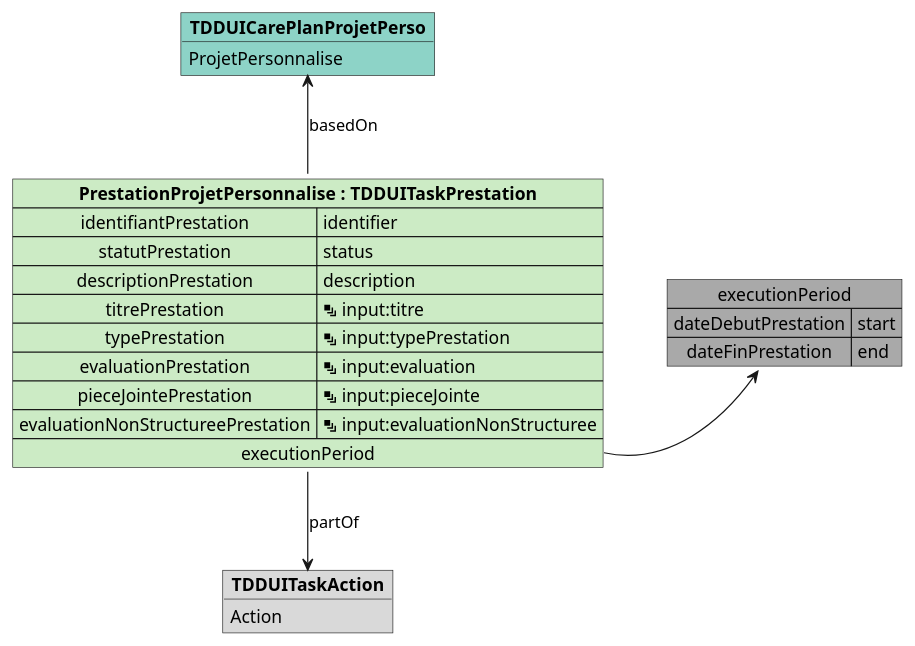
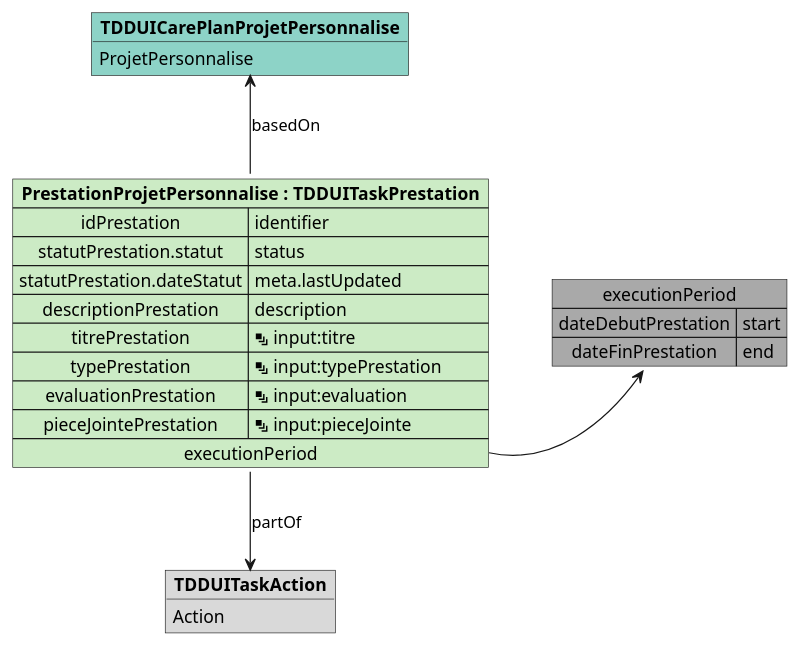
One commit to ansforge/IG-fhir-medicosocial-transfert-donnees-dui changed the diagram in input/images-source/mapping_TDDUITaskPrestation.plantuml. Above: the diagram before and after it, drawn with PlantUML. The commit also changed 24 other files, not shown here.

```diff
--- a/input/images-source/mapping_TDDUITaskPrestation.plantuml
+++ b/input/images-source/mapping_TDDUITaskPrestation.plantuml
@@ -1,31 +1,31 @@
 @startuml
 
 map "executionPeriod" as executionPeriod #DarkGray {
     dateDebutPrestation => start
     dateFinPrestation => end
 }
 
-object "**TDDUICarePlanProjetPerso**" as TDDUICarePlanProjetPerso_basedOn #8dd3c7 {
+object "**TDDUICarePlanProjetPersonnalise**" as TDDUICarePlanProjetPersonnalise_basedOn #8dd3c7 {
     ProjetPersonnalise
 }
 
 object "**TDDUITaskAction**" as TDDUITaskAction_partOf #d9d9d9 {
     Action
 }
 
 map "**PrestationProjetPersonnalise : TDDUITaskPrestation**" as PrestationProjetPersonnalise #ccebc5 {
-    identifiantPrestation => identifier
-    statutPrestation => status
+    idPrestation => identifier
+    statutPrestation.statut => status
+    statutPrestation.dateStatut => meta.lastUpdated
     descriptionPrestation => description
     titrePrestation => <&layers> input:titre
     typePrestation => <&layers> input:typePrestation
     evaluationPrestation => <&layers> input:evaluation
     pieceJointePrestation => <&layers> input:pieceJointe
-    evaluationNonStructureePrestation => <&layers> input:evaluationNonStructuree
     executionPeriod *-> executionPeriod
 }
 
-PrestationProjetPersonnalise -u-> TDDUICarePlanProjetPerso_basedOn : basedOn
+PrestationProjetPersonnalise -u-> TDDUICarePlanProjetPersonnalise_basedOn : basedOn
 PrestationProjetPersonnalise -d-> TDDUITaskAction_partOf : partOf
 
 @enduml
```
